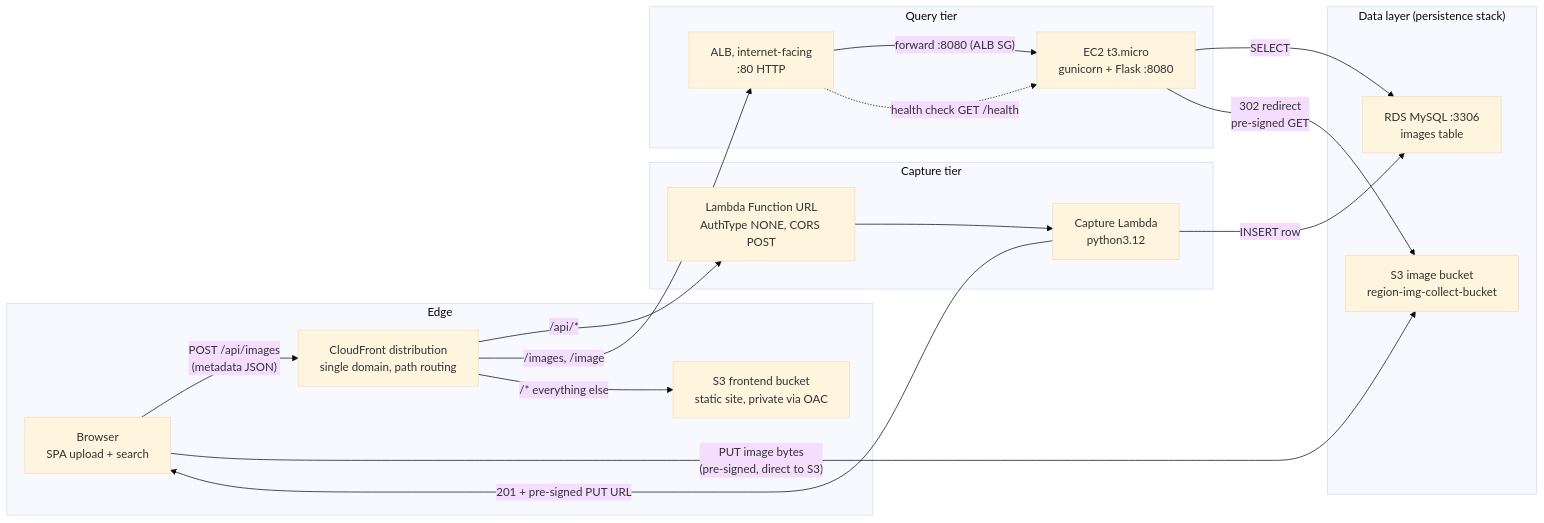
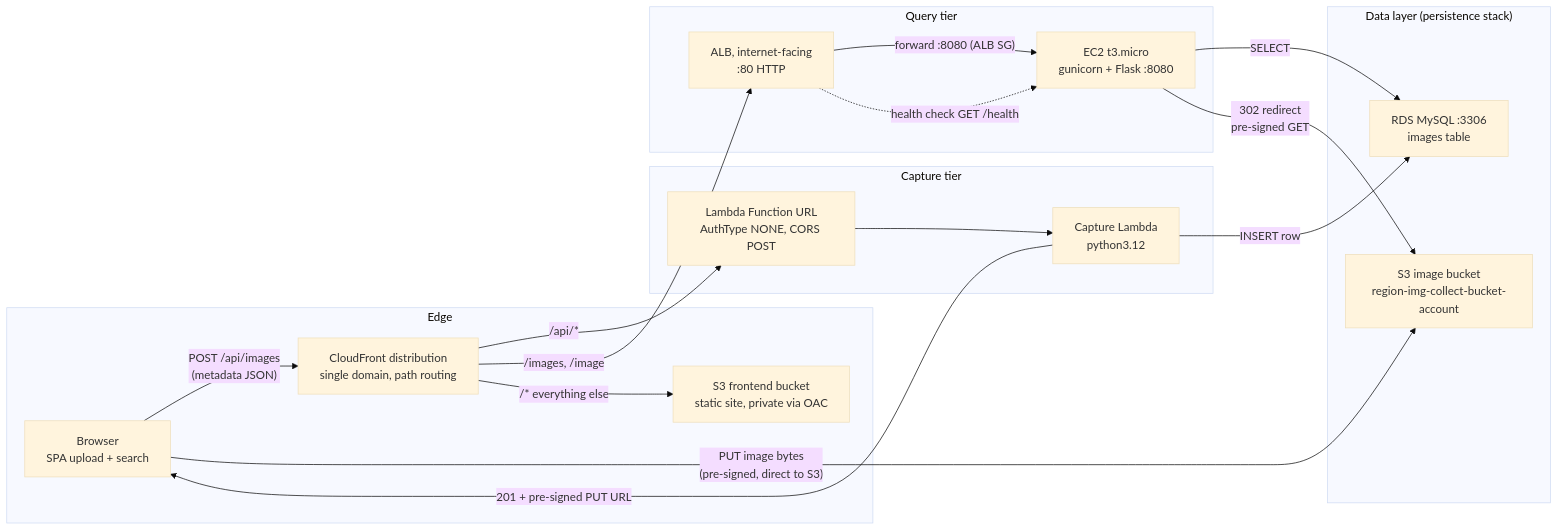
One commit to DoctorEva/CloudComputingFinalProj changed the diagram in README.md. Above: the diagram before and after it, drawn with Mermaid (base theme). The commit also changed other lines of this file and 3 other files, not shown here.

````diff
--- a/README.md
+++ b/README.md
@@ -19,38 +19,38 @@
 ```mermaid
 flowchart LR
     subgraph Edge["Edge"]
         Browser["Browser<br/>SPA upload + search"]
         CF["CloudFront distribution<br/>single domain, path routing"]
         FrontendBucket["S3 frontend bucket<br/>static site, private via OAC"]
     end
 
     subgraph Capture["Capture tier"]
         LambdaURL["Lambda Function URL<br/>AuthType NONE, CORS POST"]
         CaptureLambda["Capture Lambda<br/>python3.12"]
     end
 
     subgraph Query["Query tier"]
         ALB["ALB, internet-facing<br/>:80 HTTP"]
         QueryEC2["EC2 t3.micro<br/>gunicorn + Flask :8080"]
     end
 
     subgraph Data["Data layer (persistence stack)"]
-        ImageBucket["S3 image bucket<br/>region-img-collect-bucket"]
+        ImageBucket["S3 image bucket<br/>region-img-collect-bucket-account"]
         RDS["RDS MySQL :3306<br/>images table"]
     end
 
     Browser -->|"POST /api/images<br/>(metadata JSON)"| CF
     CF -->|"/api/*"| LambdaURL
     LambdaURL --> CaptureLambda
     CaptureLambda -->|"INSERT row"| RDS
     CaptureLambda -->|"201 + pre-signed PUT URL"| Browser
     Browser -->|"PUT image bytes<br/>(pre-signed, direct to S3)"| ImageBucket
 
     CF -->|"/images, /image"| ALB
     ALB -->|"forward :8080 (ALB SG)"| QueryEC2
     ALB -.->|"health check GET /health"| QueryEC2
     QueryEC2 -->|"SELECT"| RDS
     QueryEC2 -->|"302 redirect<br/>pre-signed GET"| ImageBucket
 
     CF -->|"/* everything else"| FrontendBucket
 ```
````
